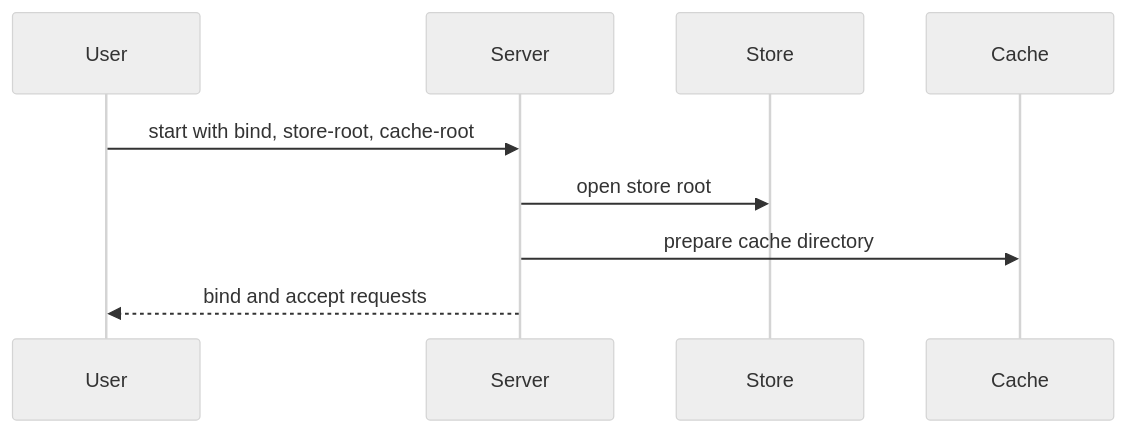
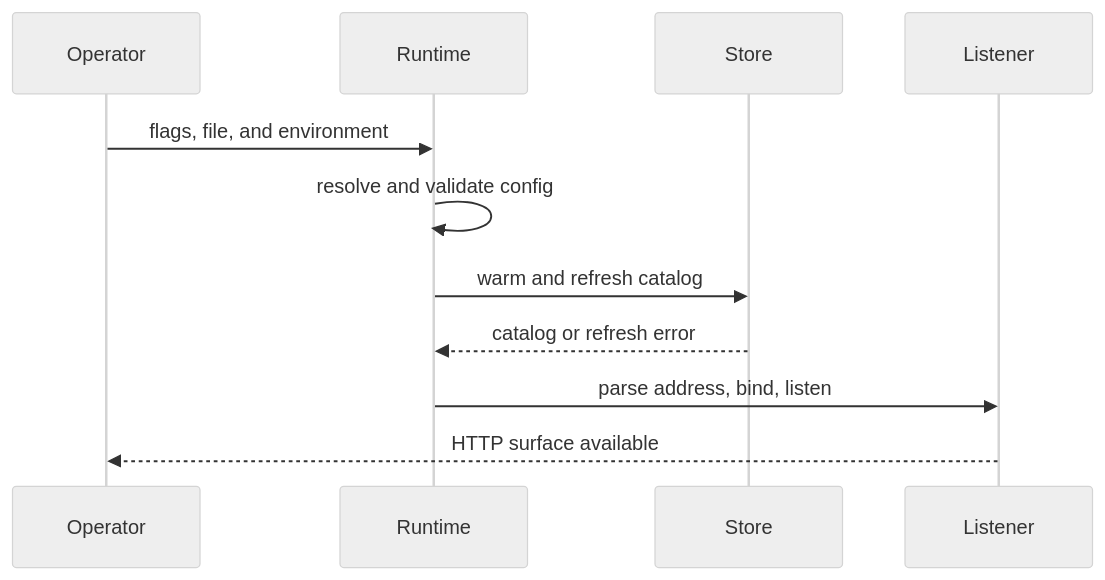
Before and after one commit to bijux/bijux-atlas: the diagram in docs/bijux-atlas/workflows/start-the-server.md, drawn with Mermaid (neutral theme). The commit also changed other lines of this file and 2 other files, not shown here.

````diff
--- a/docs/bijux-atlas/workflows/start-the-server.md
+++ b/docs/bijux-atlas/workflows/start-the-server.md
@@ -64,11 +60,13 @@
 ```mermaid
 sequenceDiagram
-    participant User
-    participant Server
+    participant Operator
+    participant Runtime
     participant Store
-    participant Cache
-    User->>Server: start with bind, store-root, cache-root
-    Server->>Store: open store root
-    Server->>Cache: prepare cache directory
-    Server-->>User: bind and accept requests
+    participant Listener
+    Operator->>Runtime: flags, file, and environment
+    Runtime->>Runtime: resolve and validate config
+    Runtime->>Store: warm and refresh catalog
+    Store-->>Runtime: catalog or refresh error
+    Runtime->>Listener: parse address, bind, listen
+    Listener-->>Operator: HTTP surface available
 ```
````
